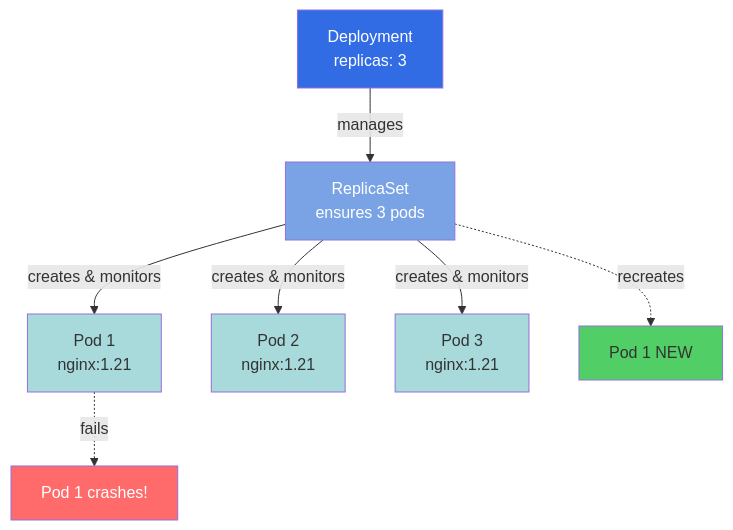
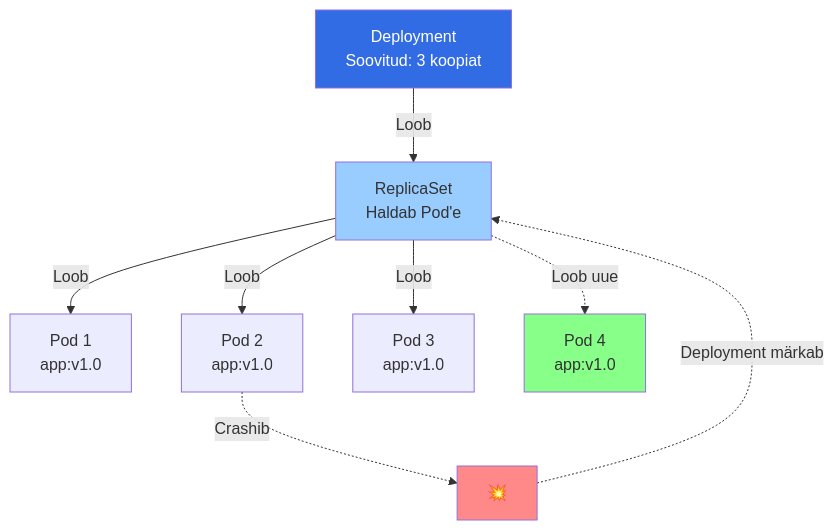
The third of 4 diagrams in docs/kubernetes/loeng.md (mtalvik/automatiseerimine_ext), drawn with Mermaid before and after one commit. The commit also changed other lines of this file and 5 other files, not shown here.

````diff
--- a/docs/kubernetes/loeng.md
+++ b/docs/kubernetes/loeng.md
@@ -193,27 +185,16 @@
 ```mermaid
 graph TD
-    Deploy[Deployment<br/>replicas: 3]
-    RS[ReplicaSet<br/>ensures 3 pods]
-    Pod1[Pod 1<br/>nginx:1.21]
-    Pod2[Pod 2<br/>nginx:1.21]
-    Pod3[Pod 3<br/>nginx:1.21]
+    D[Deployment<br/>Soovitud: 3 koopiat] -->|Loob| RS[ReplicaSet<br/>Haldab Pod'e]
+    RS -->|Loob| P1[Pod 1<br/>app:v1.0]
+    RS -->|Loob| P2[Pod 2<br/>app:v1.0]
+    RS -->|Loob| P3[Pod 3<br/>app:v1.0]
     
-    Deploy -->|manages| RS
-    RS -->|creates & monitors| Pod1
-    RS -->|creates & monitors| Pod2
-    RS -->|creates & monitors| Pod3
+    P2 -.->|Crashib| X[💥]
+    X -.->|Deployment märkab| RS
+    RS -.->|Loob uue| P4[Pod 4<br/>app:v1.0]
     
-    Pod1X[Pod 1 crashes! ]
-    Pod1New[Pod 1 NEW ]
-    
-    Pod1 -.->|fails| Pod1X
-    RS -.->|recreates| Pod1New
-    
-    style Deploy fill:#326ce5,color:#fff
-    style RS fill:#7aa3e5,color:#fff
-    style Pod1 fill:#a8dadc
-    style Pod2 fill:#a8dadc
-    style Pod3 fill:#a8dadc
-    style Pod1X fill:#ff6b6b,color:#fff
-    style Pod1New fill:#51cf66
+    style D fill:#326ce5,color:#fff
+    style RS fill:#9cf
+    style X fill:#f88
+    style P4 fill:#8f8
 ```
````
